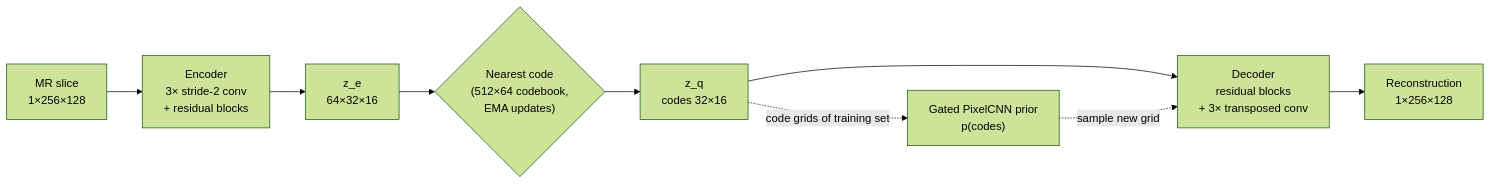
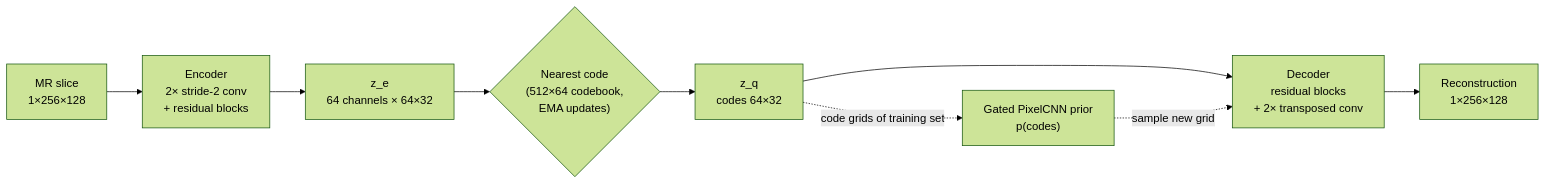
Before and after one commit to rashimsandhu05-cell/PatternAnalysis-2026: the diagram in recognition/VQVAE_HipMRI_s50419139/README.md, drawn with Mermaid (forest theme). The commit also changed other lines of this file, not shown here.

Commit message:
README: describe final 64x32 architecture and exact commands for final results

````diff
--- a/recognition/VQVAE_HipMRI_s50419139/README.md
+++ b/recognition/VQVAE_HipMRI_s50419139/README.md
@@ -29,11 +29,11 @@
 ```mermaid
 flowchart LR
-    X["MR slice<br/>1×256×128"] --> E["Encoder<br/>3× stride-2 conv<br/>+ residual blocks"]
-    E --> ZE["z_e<br/>64×32×16"]
+    X["MR slice<br/>1×256×128"] --> E["Encoder<br/>2× stride-2 conv<br/>+ residual blocks"]
+    E --> ZE["z_e<br/>64 channels × 64×32"]
     ZE --> Q{"Nearest code<br/>(512×64 codebook,<br/>EMA updates)"}
-    Q --> ZQ["z_q<br/>codes 32×16"]
-    ZQ --> D["Decoder<br/>residual blocks<br/>+ 3× transposed conv"]
+    Q --> ZQ["z_q<br/>codes 64×32"]
+    ZQ --> D["Decoder<br/>residual blocks<br/>+ 2× transposed conv"]
     D --> XH["Reconstruction<br/>1×256×128"]
     ZQ -. "code grids of training set" .-> P["Gated PixelCNN prior<br/>p(codes)"]
     P -. "sample new grid" .-> D
 ```
````
